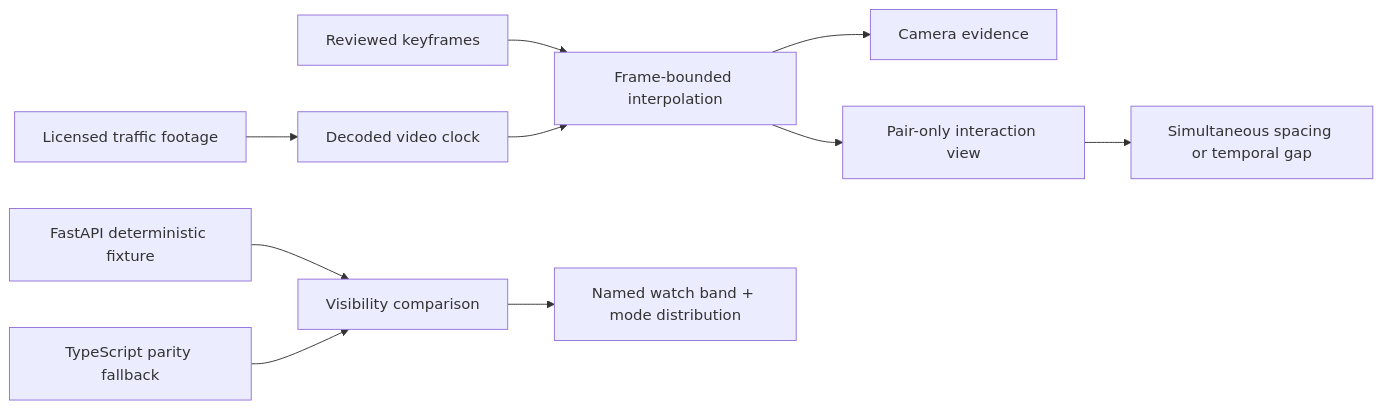
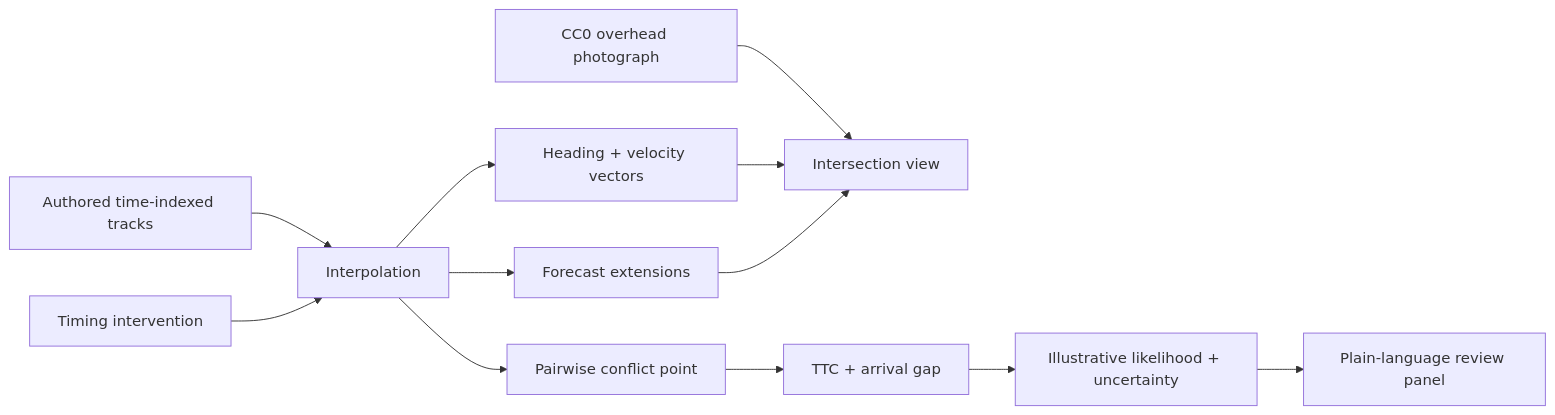
Before and after one commit to MarinJursic/MotionForecasting: the diagram in README.md, drawn with Mermaid. The commit also changed other lines of this file and 13 other files, not shown here.

````diff
--- a/README.md
+++ b/README.md
@@ -120,12 +150,14 @@
 ```mermaid
 flowchart LR
-    A["Licensed traffic footage"] --> B["Decoded video clock"]
-    C["Reviewed keyframes"] --> D["Frame-bounded interpolation"]
-    B --> D
-    D --> E["Camera evidence"]
-    D --> F["Pair-only interaction view"]
-    F --> G["Simultaneous spacing or temporal gap"]
-    H["FastAPI deterministic fixture"] --> I["Visibility comparison"]
-    J["TypeScript parity fallback"] --> I
-    I --> K["Named watch band + mode distribution"]
+    A["CC0 overhead photograph"] --> V["Intersection view"]
+    B["Authored time-indexed tracks"] --> C["Interpolation"]
+    C --> D["Heading + velocity vectors"]
+    C --> E["Forecast extensions"]
+    C --> F["Pairwise conflict point"]
+    G["Timing intervention"] --> C
+    F --> H["TTC + arrival gap"]
+    H --> I["Illustrative likelihood + uncertainty"]
+    D --> V
+    E --> V
+    I --> P["Plain-language review panel"]
 ```
````
